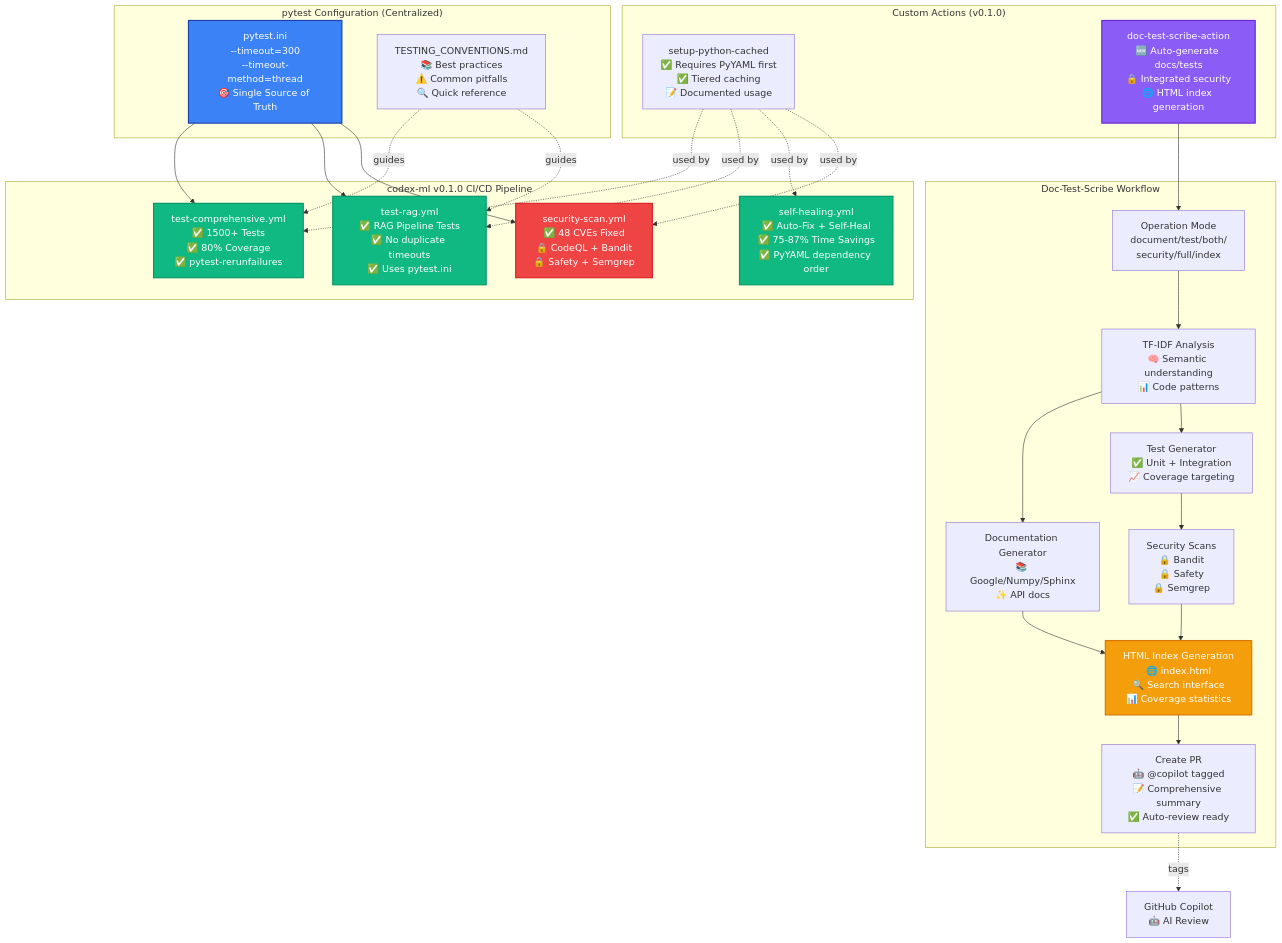
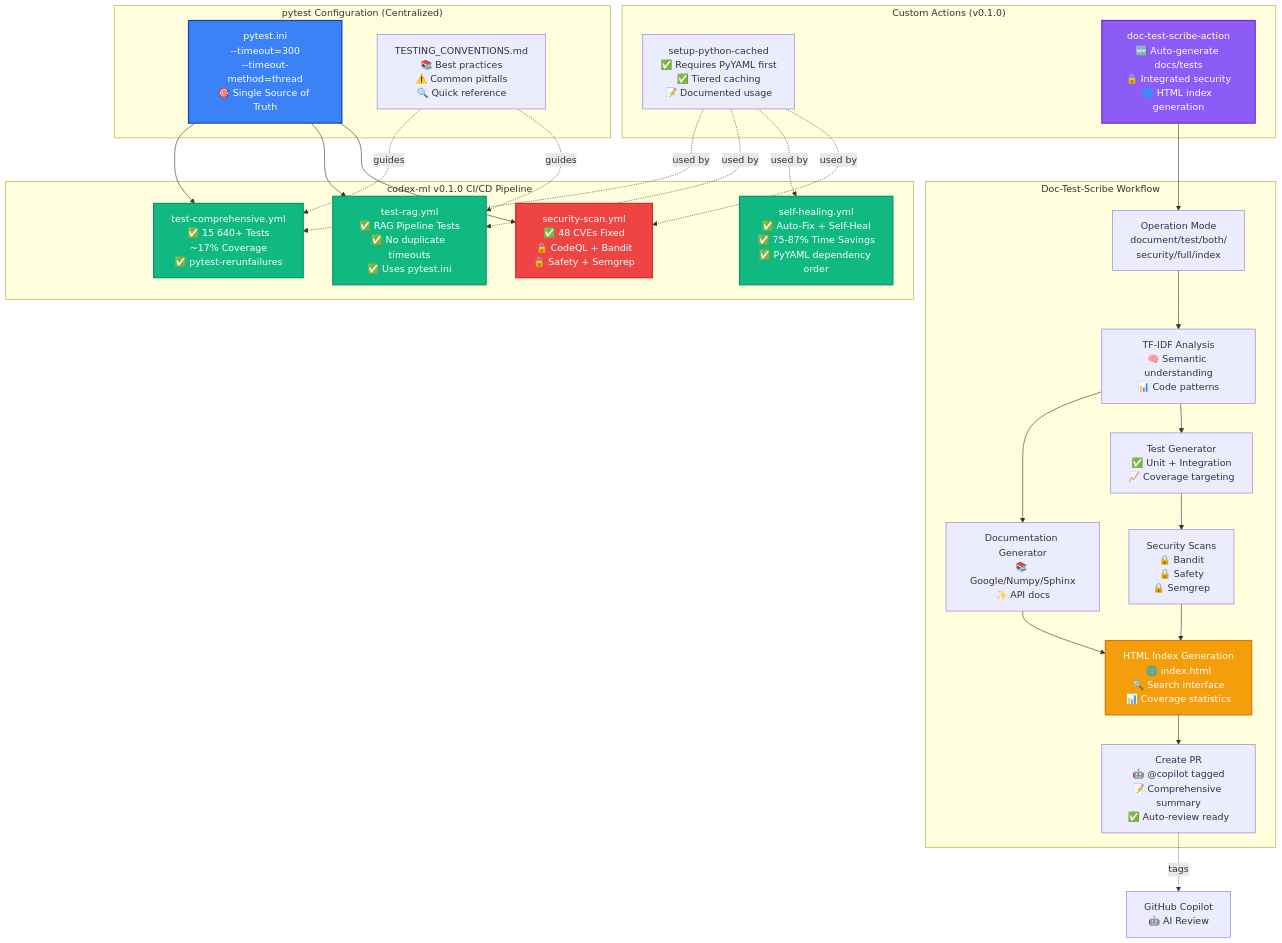
The first of 13 diagrams in docs/REPOSITORY_ARCHITECTURE_DIAGRAMS.md (Aries-Serpent/_codex_), drawn with Mermaid before and after one commit. The commit also changed other lines of this file and 17 other files, not shown here.

First line of the commit message:
feat: QA walkthrough + Mermaid updates + CLI enhancements + autonomy improvements + @copilot self-healing auto-poster

````diff
--- a/docs/REPOSITORY_ARCHITECTURE_DIAGRAMS.md
+++ b/docs/REPOSITORY_ARCHITECTURE_DIAGRAMS.md
@@ -29,64 +29,64 @@
 ```mermaid
 graph TB
     subgraph "codex-ml v0.1.0 CI/CD Pipeline"
-        TC[test-comprehensive.yml<br/>✅ 1500+ Tests<br/>✅ 80% Coverage<br/>✅ pytest-rerunfailures]
+        TC[test-comprehensive.yml<br/>✅ 15 640+ Tests<br/>~17% Coverage<br/>✅ pytest-rerunfailures]
         TR[test-rag.yml<br/>✅ RAG Pipeline Tests<br/>✅ No duplicate timeouts<br/>✅ Uses pytest.ini]
         SH[self-healing.yml<br/>✅ Auto-Fix + Self-Heal<br/>✅ 75-87% Time Savings<br/>✅ PyYAML dependency order]
         SEC[security-scan.yml<br/>✅ 48 CVEs Fixed<br/>🔒 CodeQL + Bandit<br/>🔒 Safety + Semgrep]
     end
 
     subgraph "pytest Configuration (Centralized)"
         PI[pytest.ini<br/>--timeout=300<br/>--timeout-method=thread<br/>🎯 Single Source of Truth]
         CONV[TESTING_CONVENTIONS.md<br/>📚 Best practices<br/>⚠️ Common pitfalls<br/>🔍 Quick reference]
     end
 
     subgraph "Custom Actions (v0.1.0)"
         SPC[setup-python-cached<br/>✅ Requires PyYAML first<br/>✅ Tiered caching<br/>📝 Documented usage]
         DTS[doc-test-scribe-action<br/>🆕 Auto-generate docs/tests<br/>🔒 Integrated security<br/>🌐 HTML index generation]
     end
 
     subgraph "Doc-Test-Scribe Workflow"
         MODE[Operation Mode<br/>document/test/both/<br/>security/full/index]
         ANALYZE[TF-IDF Analysis<br/>🧠 Semantic understanding<br/>📊 Code patterns]
         GENDOC[Documentation Generator<br/>📚 Google/Numpy/Sphinx<br/>✨ API docs]
         GENTEST[Test Generator<br/>✅ Unit + Integration<br/>📈 Coverage targeting]
         SECURITY[Security Scans<br/>🔒 Bandit<br/>🔒 Safety<br/>🔒 Semgrep]
         HTML[HTML Index Generation<br/>🌐 index.html<br/>🔍 Search interface<br/>📊 Coverage statistics]
         PR[Create PR<br/>🤖 @copilot tagged<br/>📝 Comprehensive summary<br/>✅ Auto-review ready]
     end
 
     %% Configuration flows
     PI --> TC
     PI --> TR
     PI --> SEC
     CONV -.guides.-> TC
     CONV -.guides.-> TR
 
     %% Custom action usage
     SPC -.used by.-> TC
     SPC -.used by.-> TR
     SPC -.used by.-> SH
     SPC -.used by.-> SEC
 
     %% Doc-Test-Scribe workflow
     MODE --> ANALYZE
     ANALYZE --> GENDOC
     ANALYZE --> GENTEST
     GENDOC --> HTML
     GENTEST --> SECURITY
     SECURITY --> HTML
     HTML --> PR
 
     %% Integration points
     DTS --> MODE
     PR -.tags.-> Copilot[GitHub Copilot<br/>🤖 AI Review]
 
     %% Styling v0.1.0
     style TC fill:#10b981,stroke:#059669,stroke-width:2px,color:#fff
     style TR fill:#10b981,stroke:#059669,stroke-width:2px,color:#fff
     style SH fill:#10b981,stroke:#059669,stroke-width:2px,color:#fff
     style SEC fill:#ef4444,stroke:#dc2626,stroke-width:2px,color:#fff
     style PI fill:#3b82f6,stroke:#1e40af,stroke-width:2px,color:#fff
     style DTS fill:#8b5cf6,stroke:#6d28d9,stroke-width:2px,color:#fff
     style HTML fill:#f59e0b,stroke:#d97706,stroke-width:2px,color:#fff
 ```
````
